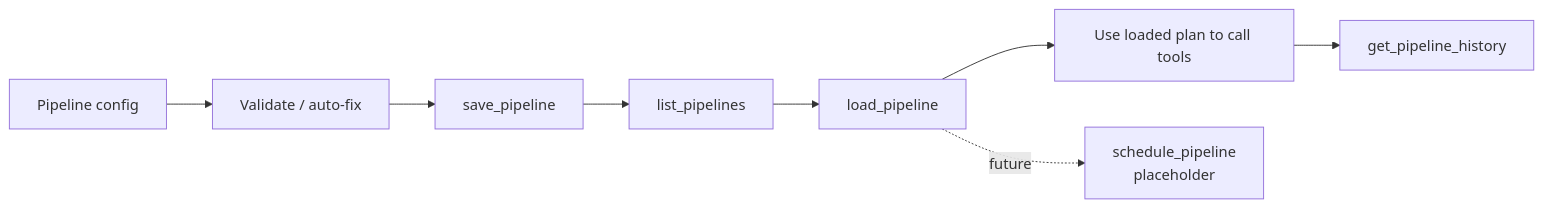
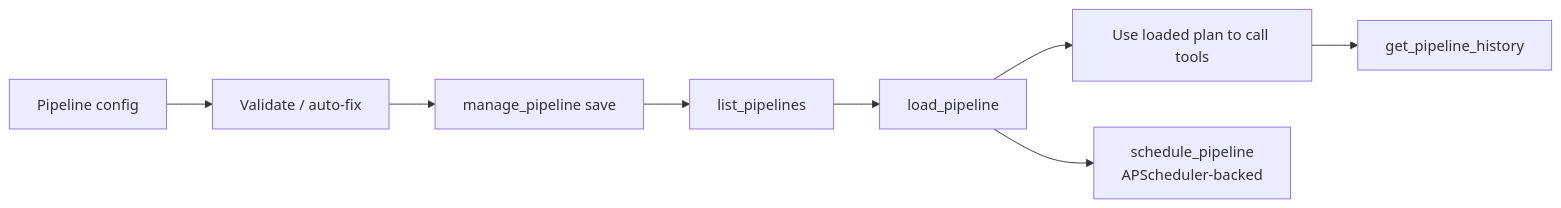
Before and after one commit to u9401066/pubmed-search-mcp: the ninth of 11 diagrams in docs/site-content/architecture.md, drawn with Mermaid. The commit also changed other lines of this file and 29 other files, not shown here.

First line of the commit message:
feat: Copilot hook policy, docs site updates, and architecture docs

````diff
--- a/docs/site-content/architecture.md
+++ b/docs/site-content/architecture.md
@@ -414,18 +434,18 @@
 ```mermaid
 flowchart LR
   Draft[Pipeline config]
   Validate[Validate / auto-fix]
-  Save[save_pipeline]
+  Save[manage_pipeline save]
   List[list_pipelines]
   Load[load_pipeline]
   Execute[Use loaded plan to call tools]
   History[get_pipeline_history]
-  Schedule[schedule_pipeline<br/>placeholder]
+  Schedule[schedule_pipeline<br/>APScheduler-backed]
 
   Draft --> Validate --> Save
   Save --> List
   List --> Load
   Load --> Execute
   Execute --> History
-  Load -. future .-> Schedule
+  Load --> Schedule
 ```
````
